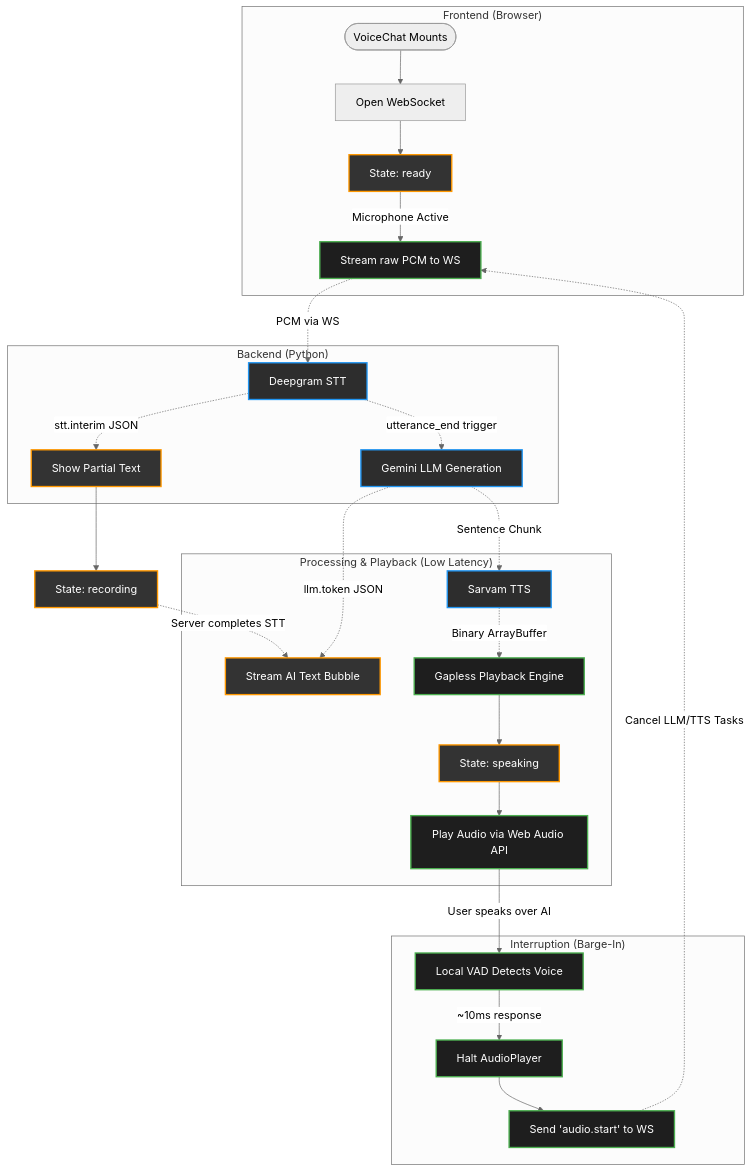
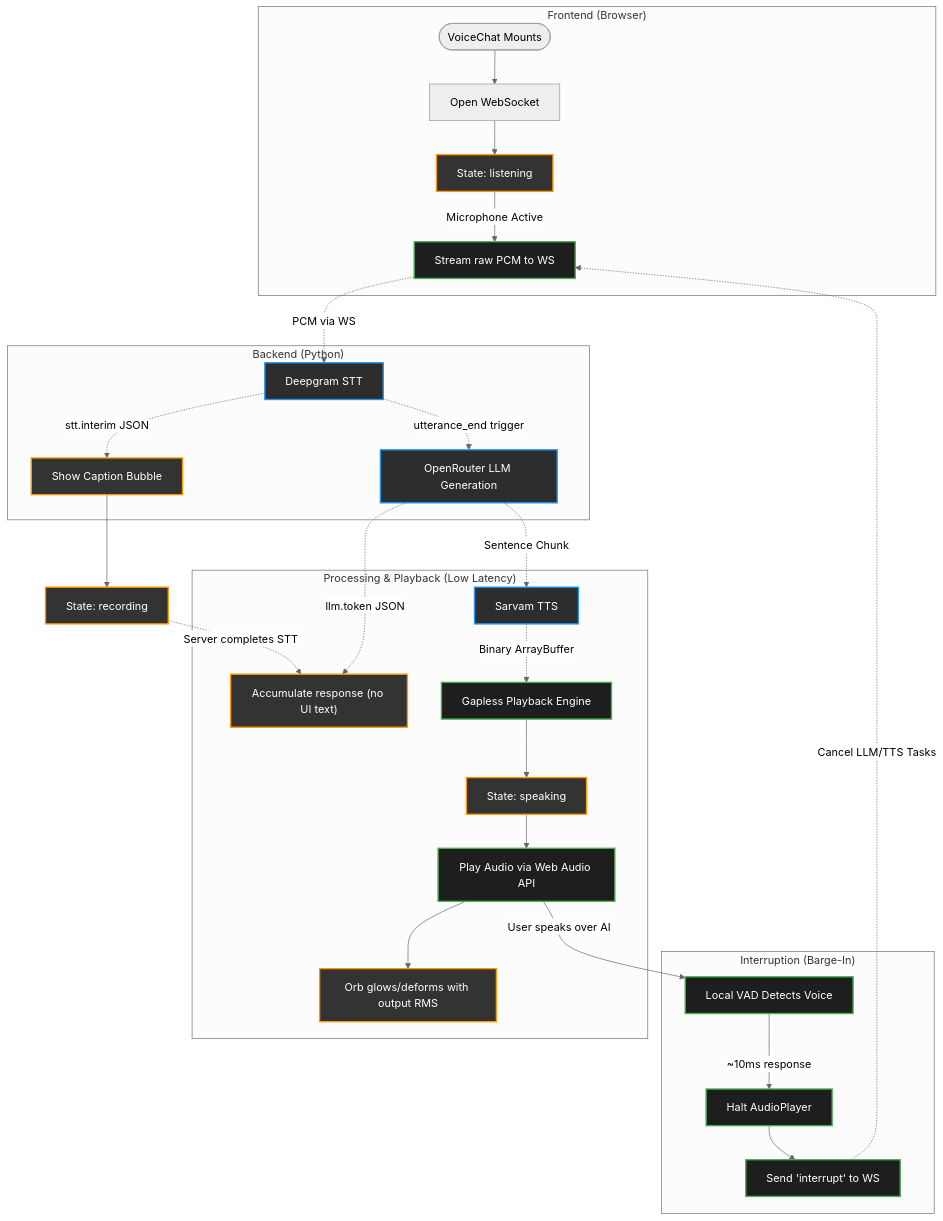
Before and after one commit to SOGeKING-NUL/tts-speech-engine: the diagram in frontend_explanation.md, drawn with Mermaid (neutral theme). The commit also changed other lines of this file and 5 other files, not shown here.

````diff
--- a/frontend_explanation.md
+++ b/frontend_explanation.md
@@ -11,42 +11,43 @@
 ```mermaid
 graph TD
     %% Define Styles
     classDef client fill:#1e1e1e,stroke:#4CAF50,stroke-width:2px,color:#fff
     classDef server fill:#2d2d2d,stroke:#2196F3,stroke-width:2px,color:#fff
     classDef ui fill:#333,stroke:#ff9800,stroke-width:2px,color:#fff
 
     subgraph "Frontend (Browser)"
         Start([VoiceChat Mounts]) --> Connect[Open WebSocket]
-        Connect --> IdleState["State: ready"]:::ui
+        Connect --> IdleState["State: listening"]:::ui
         
         %% Continuous Streaming
         IdleState --> |Microphone Active| StreamAudio["Stream raw PCM to WS"]:::client
     end
     
     subgraph "Backend (Python)"
         StreamAudio -.-> |PCM via WS| Deepgram["Deepgram STT"]:::server
-        Deepgram -.-> |stt.interim JSON| InterimUI["Show Partial Text"]:::ui
+        Deepgram -.-> |stt.interim JSON| InterimUI["Show Caption Bubble"]:::ui
         
-        Deepgram -.-> |utterance_end trigger| LLM["Gemini LLM Generation"]:::server
+        Deepgram -.-> |utterance_end trigger| LLM["OpenRouter LLM Generation"]:::server
     end
     
     InterimUI --> StartRec["State: recording"]:::ui
     
     subgraph "Processing & Playback (Low Latency)"
-        LLM -.-> |llm.token JSON| StreamUI["Stream AI Text Bubble"]:::ui
+        LLM -.-> |llm.token JSON| StreamUI["Accumulate response (no UI text)"]:::ui
         LLM -.-> |Sentence Chunk| TTS["Sarvam TTS"]:::server
         
         TTS -.-> |Binary ArrayBuffer| Playback["Gapless Playback Engine"]:::client
         Playback --> SpeakingState["State: speaking"]:::ui
         SpeakingState --> PlayAudio["Play Audio via Web Audio API"]:::client
+        PlayAudio --> OrbReact["Orb glows/deforms with output RMS"]:::ui
     end
     
     StartRec -.-> |Server completes STT| StreamUI
     
     subgraph "Interruption (Barge-In)"
         PlayAudio --> |User speaks over AI| VAD["Local VAD Detects Voice"]:::client
         VAD --> |~10ms response| StopPlayer["Halt AudioPlayer"]:::client
-        StopPlayer --> SendInterrupt["Send 'audio.start' to WS"]:::client
+        StopPlayer --> SendInterrupt["Send 'interrupt' to WS"]:::client
         SendInterrupt -.-> |Cancel LLM/TTS Tasks| StreamAudio
     end
 ```
````
